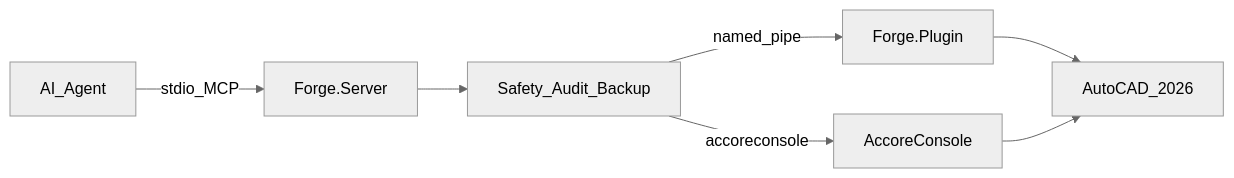
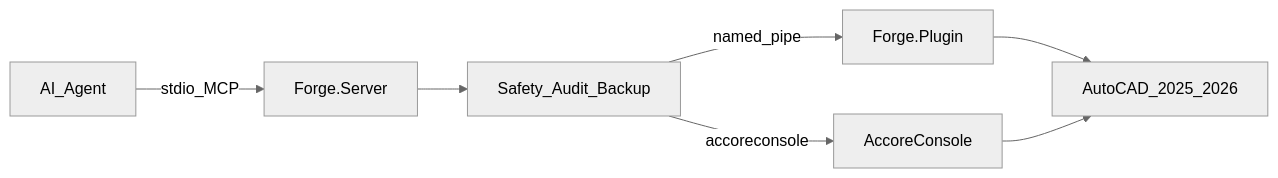
The diagram in docs/architecture.md (meococ/765T-Forge), drawn with Mermaid (neutral theme) before and after one commit. The commit also changed other lines of this file and 37 other files, not shown here.

````diff
--- a/docs/architecture.md
+++ b/docs/architecture.md
@@ -7,9 +7,9 @@
 ```mermaid
 flowchart LR
   Agent[AI_Agent] -->|stdio_MCP| Server[Forge.Server]
   Server --> Safety[Safety_Audit_Backup]
   Safety -->|named_pipe| Plugin[Forge.Plugin]
   Safety -->|accoreconsole| Headless[AccoreConsole]
-  Plugin --> CAD[AutoCAD_2026]
+  Plugin --> CAD[AutoCAD_2025_2026]
   Headless --> CAD
 ```
````
